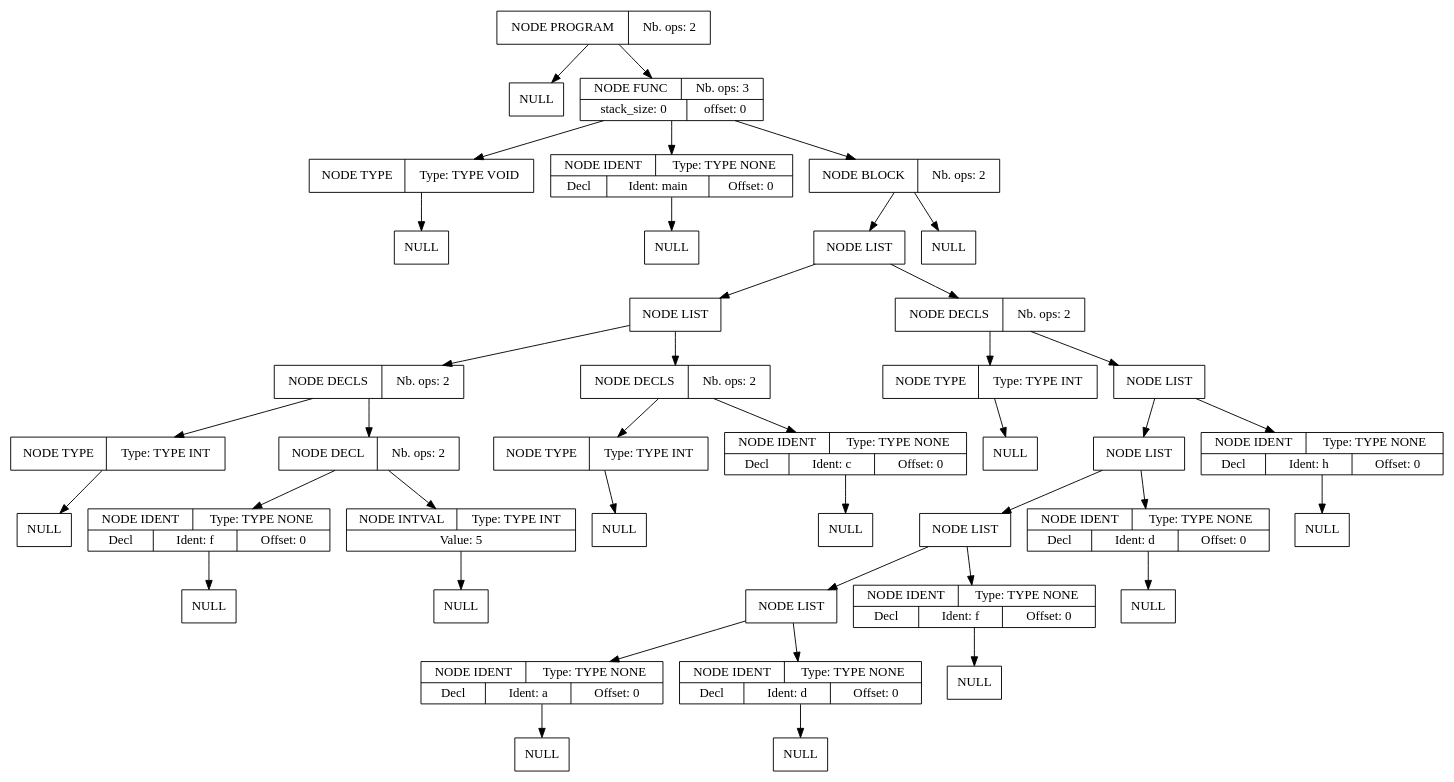
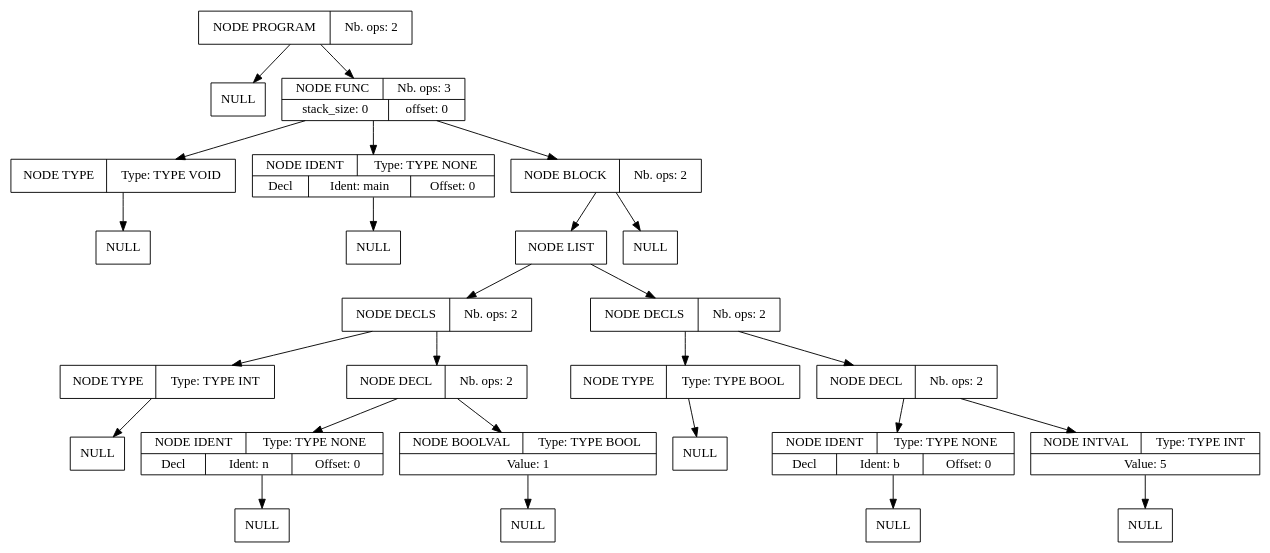
The diagram in projet_compilation_src/src/fichier_dump.dot (Serial-DeV/Compilation), drawn with Graphviz before and after one commit. The commit also changed 9 other files, not shown here.

```diff
--- a/projet_compilation_src/src/fichier_dump.dot
+++ b/projet_compilation_src/src/fichier_dump.dot
@@ -1,123 +1,78 @@
 digraph global_vars {
     N1 [shape=record, label="{{NODE PROGRAM|Nb. ops: 2}}"];
     N2 [shape=record, label="{{NULL}}"];
     edge[tailclip=true];
     N1 -> N2
     N3 [shape=record, label="{{NODE FUNC|Nb. ops: 3}|{stack_size: 0|offset: 0}}"];
     N4 [shape=record, label="{{NODE TYPE|Type: TYPE VOID}}"];
     N5 [shape=record, label="{{NULL}}"];
     edge[tailclip=true];
     N4 -> N5
     edge[tailclip=true];
     N3 -> N4
     N6 [shape=record, label="{{NODE IDENT|Type: TYPE NONE}|{<decl>Decl      |Ident: main|Offset: 0}}"];
     N7 [shape=record, label="{{NULL}}"];
     edge[tailclip=true];
     N6 -> N7
     edge[tailclip=true];
     N3 -> N6
     N8 [shape=record, label="{{NODE BLOCK|Nb. ops: 2}}"];
     N9 [shape=record, label="{{NODE LIST}}"];
-    N10 [shape=record, label="{{NODE LIST}}"];
-    N11 [shape=record, label="{{NODE DECLS|Nb. ops: 2}}"];
-    N12 [shape=record, label="{{NODE TYPE|Type: TYPE INT}}"];
-    N13 [shape=record, label="{{NULL}}"];
-    edge[tailclip=true];
-    N12 -> N13
+    N10 [shape=record, label="{{NODE DECLS|Nb. ops: 2}}"];
+    N11 [shape=record, label="{{NODE TYPE|Type: TYPE INT}}"];
+    N12 [shape=record, label="{{NULL}}"];
     edge[tailclip=true];
     N11 -> N12
-    N14 [shape=record, label="{{NODE DECL|Nb. ops: 2}}"];
-    N15 [shape=record, label="{{NODE IDENT|Type: TYPE NONE}|{<decl>Decl      |Ident: f|Offset: 0}}"];
-    N16 [shape=record, label="{{NULL}}"];
     edge[tailclip=true];
-    N15 -> N16
+    N10 -> N11
+    N13 [shape=record, label="{{NODE DECL|Nb. ops: 2}}"];
+    N14 [shape=record, label="{{NODE IDENT|Type: TYPE NONE}|{<decl>Decl      |Ident: n|Offset: 0}}"];
+    N15 [shape=record, label="{{NULL}}"];
     edge[tailclip=true];
     N14 -> N15
-    N17 [shape=record, label="{{NODE INTVAL|Type: TYPE INT}|{Value: 5}}"];
-    N18 [shape=record, label="{{NULL}}"];
     edge[tailclip=true];
-    N17 -> N18
+    N13 -> N14
+    N16 [shape=record, label="{{NODE BOOLVAL|Type: TYPE BOOL}|{Value: 1}}"];
+    N17 [shape=record, label="{{NULL}}"];
     edge[tailclip=true];
-    N14 -> N17
+    N16 -> N17
     edge[tailclip=true];
-    N11 -> N14
+    N13 -> N16
     edge[tailclip=true];
-    N10 -> N11
-    N19 [shape=record, label="{{NODE DECLS|Nb. ops: 2}}"];
-    N20 [shape=record, label="{{NODE TYPE|Type: TYPE INT}}"];
-    N21 [shape=record, label="{{NULL}}"];
+    N10 -> N13
     edge[tailclip=true];
-    N20 -> N21
+    N9 -> N10
+    N18 [shape=record, label="{{NODE DECLS|Nb. ops: 2}}"];
+    N19 [shape=record, label="{{NODE TYPE|Type: TYPE BOOL}}"];
+    N20 [shape=record, label="{{NULL}}"];
     edge[tailclip=true];
     N19 -> N20
-    N22 [shape=record, label="{{NODE IDENT|Type: TYPE NONE}|{<decl>Decl      |Ident: c|Offset: 0}}"];
+    edge[tailclip=true];
+    N18 -> N19
+    N21 [shape=record, label="{{NODE DECL|Nb. ops: 2}}"];
+    N22 [shape=record, label="{{NODE IDENT|Type: TYPE NONE}|{<decl>Decl      |Ident: b|Offset: 0}}"];
     N23 [shape=record, label="{{NULL}}"];
     edge[tailclip=true];
     N22 -> N23
     edge[tailclip=true];
-    N19 -> N22
+    N21 -> N22
+    N24 [shape=record, label="{{NODE INTVAL|Type: TYPE INT}|{Value: 5}}"];
+    N25 [shape=record, label="{{NULL}}"];
     edge[tailclip=true];
-    N10 -> N19
+    N24 -> N25
     edge[tailclip=true];
-    N9 -> N10
-    N24 [shape=record, label="{{NODE DECLS|Nb. ops: 2}}"];
-    N25 [shape=record, label="{{NODE TYPE|Type: TYPE INT}}"];
+    N21 -> N24
+    edge[tailclip=true];
+    N18 -> N21
+    edge[tailclip=true];
+    N9 -> N18
+    edge[tailclip=true];
+    N8 -> N9
     N26 [shape=record, label="{{NULL}}"];
     edge[tailclip=true];
-    N25 -> N26
-    edge[tailclip=true];
-    N24 -> N25
-    N27 [shape=record, label="{{NODE LIST}}"];
-    N28 [shape=record, label="{{NODE LIST}}"];
-    N29 [shape=record, label="{{NODE LIST}}"];
-    N30 [shape=record, label="{{NODE LIST}}"];
-    N31 [shape=record, label="{{NODE IDENT|Type: TYPE NONE}|{<decl>Decl      |Ident: a|Offset: 0}}"];
-    N32 [shape=record, label="{{NULL}}"];
-    edge[tailclip=true];
-    N31 -> N32
-    edge[tailclip=true];
-    N30 -> N31
-    N33 [shape=record, label="{{NODE IDENT|Type: TYPE NONE}|{<decl>Decl      |Ident: d|Offset: 0}}"];
-    N34 [shape=record, label="{{NULL}}"];
-    edge[tailclip=true];
-    N33 -> N34
-    edge[tailclip=true];
-    N30 -> N33
-    edge[tailclip=true];
-    N29 -> N30
-    N35 [shape=record, label="{{NODE IDENT|Type: TYPE NONE}|{<decl>Decl      |Ident: f|Offset: 0}}"];
-    N36 [shape=record, label="{{NULL}}"];
-    edge[tailclip=true];
-    N35 -> N36
-    edge[tailclip=true];
-    N29 -> N35
-    edge[tailclip=true];
-    N28 -> N29
-    N37 [shape=record, label="{{NODE IDENT|Type: TYPE NONE}|{<decl>Decl      |Ident: d|Offset: 0}}"];
-    N38 [shape=record, label="{{NULL}}"];
-    edge[tailclip=true];
-    N37 -> N38
-    edge[tailclip=true];
-    N28 -> N37
-    edge[tailclip=true];
-    N27 -> N28
-    N39 [shape=record, label="{{NODE IDENT|Type: TYPE NONE}|{<decl>Decl      |Ident: h|Offset: 0}}"];
-    N40 [shape=record, label="{{NULL}}"];
-    edge[tailclip=true];
-    N39 -> N40
-    edge[tailclip=true];
-    N27 -> N39
-    edge[tailclip=true];
-    N24 -> N27
-    edge[tailclip=true];
-    N9 -> N24
-    edge[tailclip=true];
-    N8 -> N9
-    N41 [shape=record, label="{{NULL}}"];
-    edge[tailclip=true];
-    N8 -> N41
+    N8 -> N26
     edge[tailclip=true];
     N3 -> N8
     edge[tailclip=true];
     N1 -> N3
 }
```
